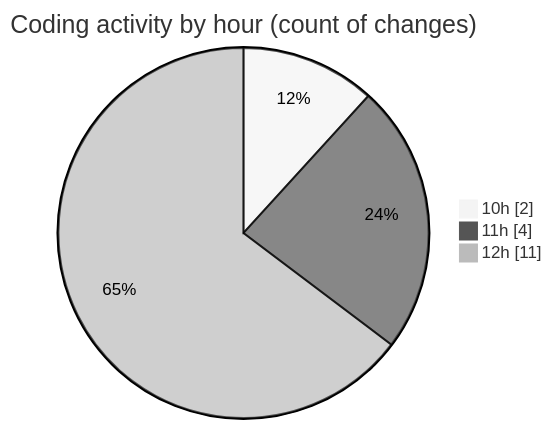
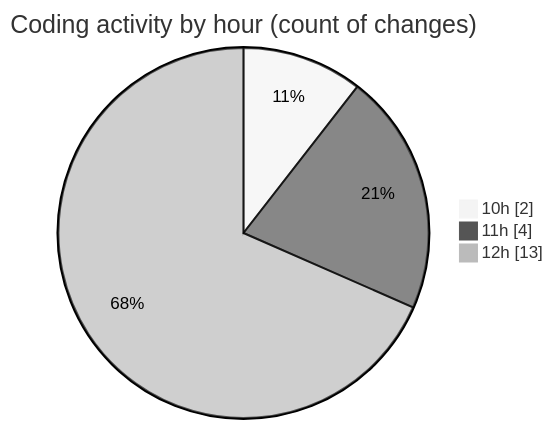
The second of 2 diagrams in 2025-11-06/nxtqube_webapp/README.md (nxtqubesakshisongat/code-tracking), drawn with Mermaid (neutral theme) before and after one commit. The commit also changed other lines of this file and 1 other file, not shown here.

````diff
--- a/2025-11-06/nxtqube_webapp/README.md
+++ b/2025-11-06/nxtqube_webapp/README.md
@@ -30,7 +33,7 @@
 ```mermaid
 pie showData
 title Coding activity by hour (count of changes)
 "10h" : 2
 "11h" : 4
-"12h" : 11
+"12h" : 13
 ```
````
